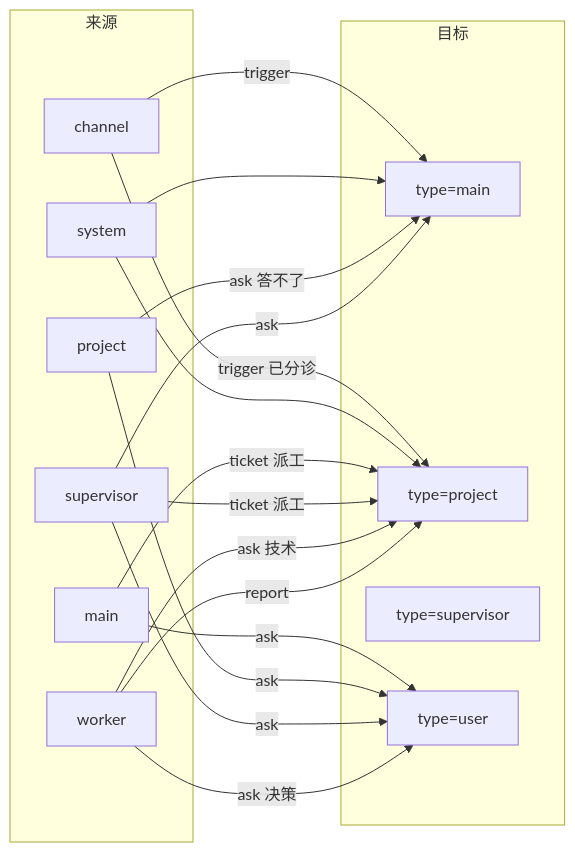
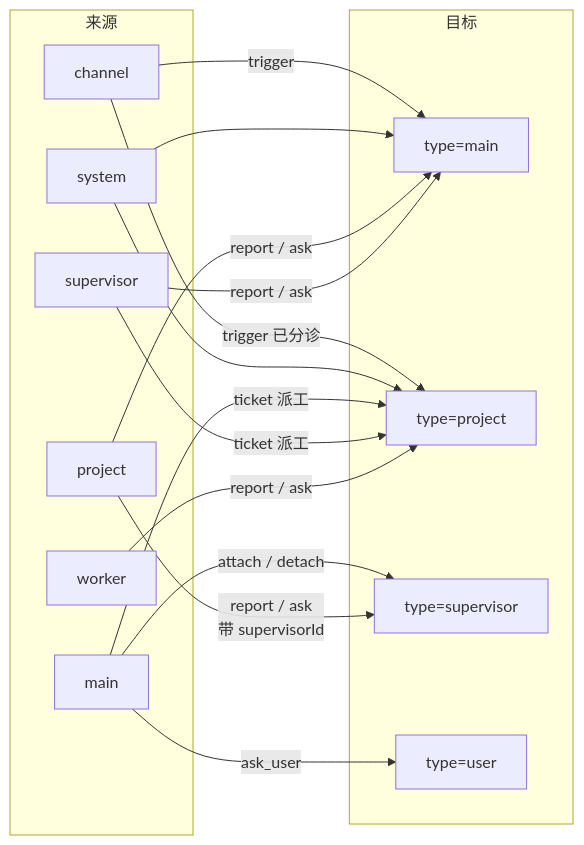
Diagram 11 of 18 in docs/flow.md (hairyf/dsh-nexus), drawn with Mermaid before and after one commit. The commit also changed other lines of this file and 7 other files, not shown here.

````diff
--- a/docs/flow.md
+++ b/docs/flow.md
@@ -334,37 +358,35 @@
 ```mermaid
 flowchart LR
     subgraph 来源
         CH["channel"]
         SY["system"]
         MA["main"]
         PR["project"]
         SU["supervisor"]
         WK["worker"]
     end
 
     subgraph 目标
         TMA["type=main"]
         TPR["type=project"]
         TSU["type=supervisor"]
         TU["type=user"]
     end
 
     CH -->|trigger| TMA
     CH -->|trigger 已分诊| TPR
     SY --> TMA
     SY --> TPR
 
-    MA -->|ticket 派工| TPR
-    MA -->|ask| TU
+    MA -->|"ticket 派工"| TPR
+    MA -->|"ask_user"| TU
+    MA -->|"attach / detach"| TSU
 
-    PR -->|ask 答不了| TMA
-    PR -->|ask| TU
+    PR -->|"report / ask"| TMA
+    PR -->|"report / ask<br/>带 supervisorId"| TSU
 
-    SU -->|ticket 派工| TPR
-    SU -->|ask| TMA
-    SU -->|ask| TU
+    SU -->|"ticket 派工"| TPR
+    SU -->|"report / ask"| TMA
 
-    WK -->|ask 技术| TPR
-    WK -->|ask 决策| TU
-    WK -->|report| TPR
+    WK -->|"report / ask"| TPR
 ```
````
